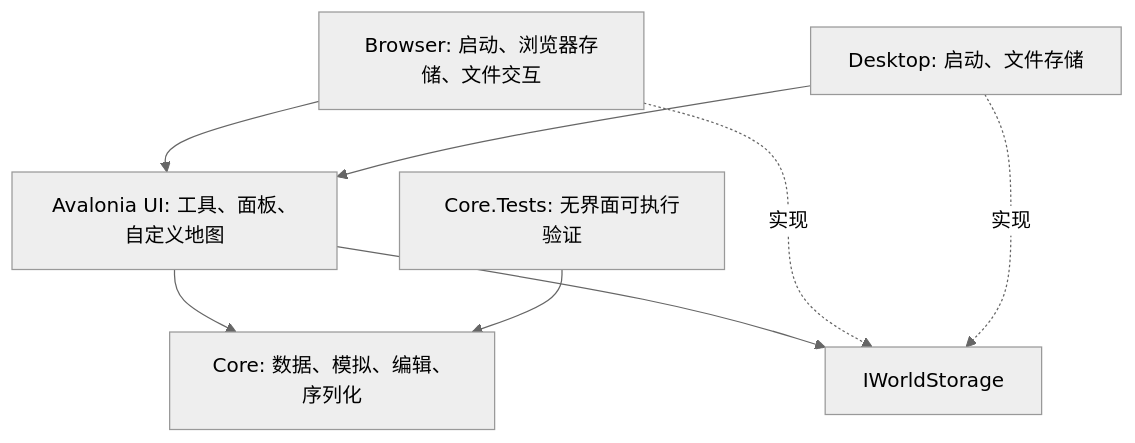
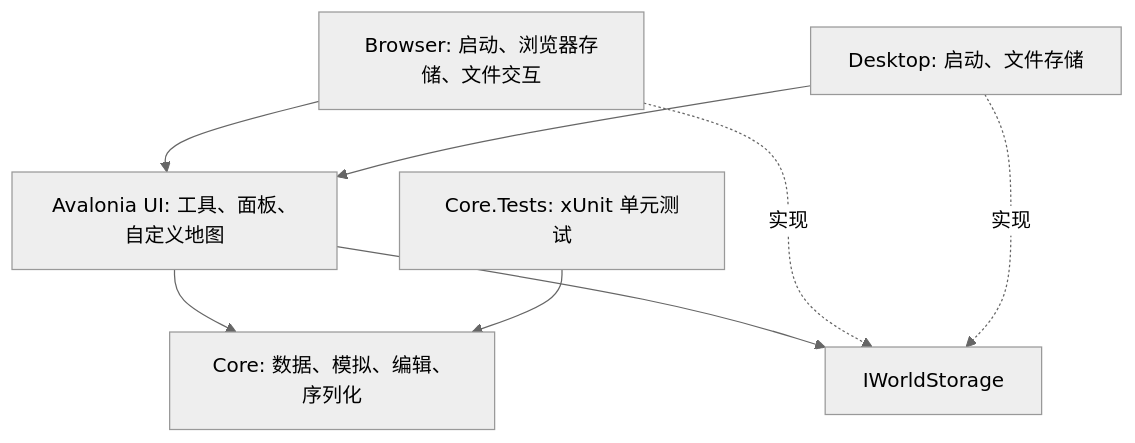
Before and after one commit to SeWZC-AI/SeWZC.SandboxGame: the diagram in docs/architecture.md, drawn with Mermaid (neutral theme). The commit also changed other lines of this file and 112 other files, not shown here.

````diff
--- a/docs/architecture.md
+++ b/docs/architecture.md
@@ -13,10 +13,10 @@
 ```mermaid
 flowchart TD
     Browser[Browser: 启动、浏览器存储、文件交互] --> UI[Avalonia UI: 工具、面板、自定义地图]
     Desktop[Desktop: 启动、文件存储] --> UI
     UI --> Core[Core: 数据、模拟、编辑、序列化]
-    Tests[Core.Tests: 无界面可执行验证] --> Core
+    Tests[Core.Tests: xUnit 单元测试] --> Core
     UI --> Storage[IWorldStorage]
     Browser -. 实现 .-> Storage
     Desktop -. 实现 .-> Storage
 ```
````
